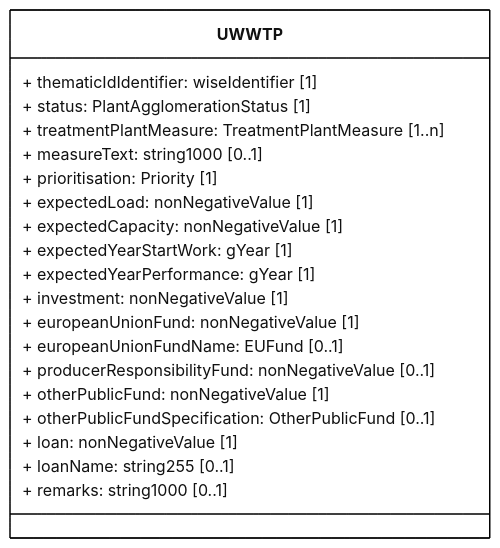
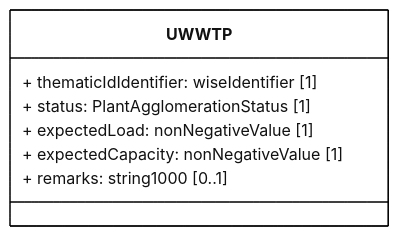
Before and after one commit to eeadata/WISE.UWWTD.Documentation: the diagram in docs/rUWWTD2024/Article23/mmd/Article23_UWWTP_ClassDiagram.mmd, drawn with Mermaid. The commit also changed 23 other files, not shown here.

```diff
--- a/docs/rUWWTD2024/Article23/mmd/Article23_UWWTP_ClassDiagram.mmd
+++ b/docs/rUWWTD2024/Article23/mmd/Article23_UWWTP_ClassDiagram.mmd
@@ -1,35 +1,20 @@
 ---
 config:
   class:
     hideEmptyMembersBox: true
   layout: dagre
   theme: neutral
 ---
 classDiagram
 direction LR
 
 class UWWTP{
     + thematicIdIdentifier: wiseIdentifier [1]
     + status: PlantAgglomerationStatus [1]
-    + treatmentPlantMeasure: TreatmentPlantMeasure [1..n]
-    + measureText: string1000 [0..1]
-    + prioritisation: Priority [1]
-
     + expectedLoad: nonNegativeValue [1]
     + expectedCapacity: nonNegativeValue [1]
-    + expectedYearStartWork: gYear [1]
-    + expectedYearPerformance: gYear [1]
-
-    + investment: nonNegativeValue [1]
-    + europeanUnionFund: nonNegativeValue [1]
-    + europeanUnionFundName: EUFund [0..1]
-    + producerResponsibilityFund: nonNegativeValue [0..1]
-    + otherPublicFund: nonNegativeValue [1]
-    + otherPublicFundSpecification: OtherPublicFund [0..1]
-    + loan: nonNegativeValue [1]
-    + loanName: string255 [0..1]
     + remarks: string1000 [0..1]
 }
 
 classDef default fill:white,stroke:#000;
 classDef forFixing fill:white,stroke:#f00;
```
